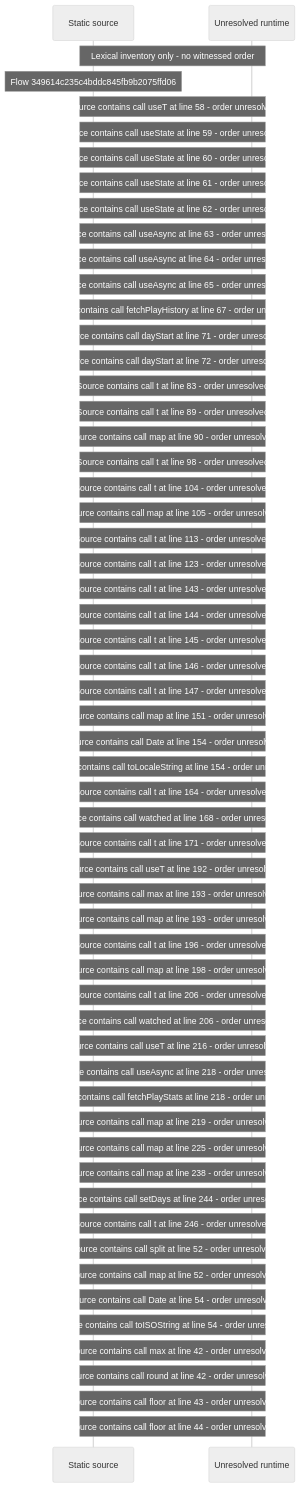
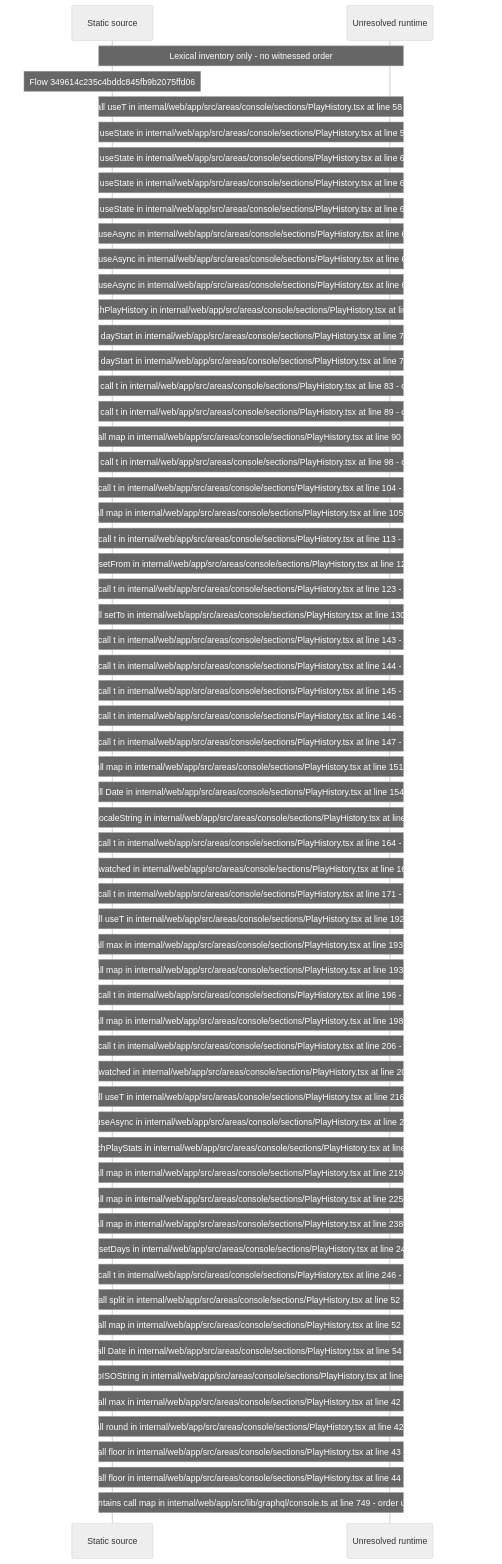
The diagram in docs/web/flows/generated/349614c235c4bddc845fb9b2075ffd06/flow-diagram.md (beamfall/core), drawn with Mermaid (neutral theme) before and after one commit. The commit also changed other lines of this file and 699 other files, not shown here.

Commit message:
Regenerate the web flow record with flow generator version 5

````diff
--- a/docs/web/flows/generated/349614c235c4bddc845fb9b2075ffd06/flow-diagram.md
+++ b/docs/web/flows/generated/349614c235c4bddc845fb9b2075ffd06/flow-diagram.md
@@ -10,60 +10,63 @@
 ```mermaid
 sequenceDiagram
     participant S as Static source
     participant U as Unresolved runtime
     Note over S,U: Lexical inventory only - no witnessed order
     Note over S: Flow 349614c235c4bddc845fb9b2075ffd06
-    Note over S,U: Source contains call useT at line 58 - order unresolved
-    Note over S,U: Source contains call useState at line 59 - order unresolved
-    Note over S,U: Source contains call useState at line 60 - order unresolved
-    Note over S,U: Source contains call useState at line 61 - order unresolved
-    Note over S,U: Source contains call useState at line 62 - order unresolved
-    Note over S,U: Source contains call useAsync at line 63 - order unresolved
-    Note over S,U: Source contains call useAsync at line 64 - order unresolved
-    Note over S,U: Source contains call useAsync at line 65 - order unresolved
-    Note over S,U: Source contains call fetchPlayHistory at line 67 - order unresolved
-    Note over S,U: Source contains call dayStart at line 71 - order unresolved
-    Note over S,U: Source contains call dayStart at line 72 - order unresolved
-    Note over S,U: Source contains call t at line 83 - order unresolved
-    Note over S,U: Source contains call t at line 89 - order unresolved
-    Note over S,U: Source contains call map at line 90 - order unresolved
-    Note over S,U: Source contains call t at line 98 - order unresolved
-    Note over S,U: Source contains call t at line 104 - order unresolved
-    Note over S,U: Source contains call map at line 105 - order unresolved
-    Note over S,U: Source contains call t at line 113 - order unresolved
-    Note over S,U: Source contains call t at line 123 - order unresolved
-    Note over S,U: Source contains call t at line 143 - order unresolved
-    Note over S,U: Source contains call t at line 144 - order unresolved
-    Note over S,U: Source contains call t at line 145 - order unresolved
-    Note over S,U: Source contains call t at line 146 - order unresolved
-    Note over S,U: Source contains call t at line 147 - order unresolved
-    Note over S,U: Source contains call map at line 151 - order unresolved
-    Note over S,U: Source contains call Date at line 154 - order unresolved
-    Note over S,U: Source contains call toLocaleString at line 154 - order unresolved
-    Note over S,U: Source contains call t at line 164 - order unresolved
-    Note over S,U: Source contains call watched at line 168 - order unresolved
-    Note over S,U: Source contains call t at line 171 - order unresolved
-    Note over S,U: Source contains call useT at line 192 - order unresolved
-    Note over S,U: Source contains call max at line 193 - order unresolved
-    Note over S,U: Source contains call map at line 193 - order unresolved
-    Note over S,U: Source contains call t at line 196 - order unresolved
-    Note over S,U: Source contains call map at line 198 - order unresolved
-    Note over S,U: Source contains call t at line 206 - order unresolved
-    Note over S,U: Source contains call watched at line 206 - order unresolved
-    Note over S,U: Source contains call useT at line 216 - order unresolved
-    Note over S,U: Source contains call useAsync at line 218 - order unresolved
-    Note over S,U: Source contains call fetchPlayStats at line 218 - order unresolved
-    Note over S,U: Source contains call map at line 219 - order unresolved
-    Note over S,U: Source contains call map at line 225 - order unresolved
-    Note over S,U: Source contains call map at line 238 - order unresolved
-    Note over S,U: Source contains call setDays at line 244 - order unresolved
-    Note over S,U: Source contains call t at line 246 - order unresolved
-    Note over S,U: Source contains call split at line 52 - order unresolved
-    Note over S,U: Source contains call map at line 52 - order unresolved
-    Note over S,U: Source contains call Date at line 54 - order unresolved
-    Note over S,U: Source contains call toISOString at line 54 - order unresolved
-    Note over S,U: Source contains call max at line 42 - order unresolved
-    Note over S,U: Source contains call round at line 42 - order unresolved
-    Note over S,U: Source contains call floor at line 43 - order unresolved
-    Note over S,U: Source contains call floor at line 44 - order unresolved
+    Note over S,U: Source contains call useT in internal/web/app/src/areas/console/sections/PlayHistory.tsx at line 58 - order unresolved
+    Note over S,U: Source contains call useState in internal/web/app/src/areas/console/sections/PlayHistory.tsx at line 59 - order unresolved
+    Note over S,U: Source contains call useState in internal/web/app/src/areas/console/sections/PlayHistory.tsx at line 60 - order unresolved
+    Note over S,U: Source contains call useState in internal/web/app/src/areas/console/sections/PlayHistory.tsx at line 61 - order unresolved
+    Note over S,U: Source contains call useState in internal/web/app/src/areas/console/sections/PlayHistory.tsx at line 62 - order unresolved
+    Note over S,U: Source contains call useAsync in internal/web/app/src/areas/console/sections/PlayHistory.tsx at line 63 - order unresolved
+    Note over S,U: Source contains call useAsync in internal/web/app/src/areas/console/sections/PlayHistory.tsx at line 64 - order unresolved
+    Note over S,U: Source contains call useAsync in internal/web/app/src/areas/console/sections/PlayHistory.tsx at line 65 - order unresolved
+    Note over S,U: Source contains call fetchPlayHistory in internal/web/app/src/areas/console/sections/PlayHistory.tsx at line 67 - order unresolved
+    Note over S,U: Source contains call dayStart in internal/web/app/src/areas/console/sections/PlayHistory.tsx at line 71 - order unresolved
+    Note over S,U: Source contains call dayStart in internal/web/app/src/areas/console/sections/PlayHistory.tsx at line 72 - order unresolved
+    Note over S,U: Source contains call t in internal/web/app/src/areas/console/sections/PlayHistory.tsx at line 83 - order unresolved
+    Note over S,U: Source contains call t in internal/web/app/src/areas/console/sections/PlayHistory.tsx at line 89 - order unresolved
+    Note over S,U: Source contains call map in internal/web/app/src/areas/console/sections/PlayHistory.tsx at line 90 - order unresolved
+    Note over S,U: Source contains call t in internal/web/app/src/areas/console/sections/PlayHistory.tsx at line 98 - order unresolved
+    Note over S,U: Source contains call t in internal/web/app/src/areas/console/sections/PlayHistory.tsx at line 104 - order unresolved
+    Note over S,U: Source contains call map in internal/web/app/src/areas/console/sections/PlayHistory.tsx at line 105 - order unresolved
+    Note over S,U: Source contains call t in internal/web/app/src/areas/console/sections/PlayHistory.tsx at line 113 - order unresolved
+    Note over S,U: Source contains call setFrom in internal/web/app/src/areas/console/sections/PlayHistory.tsx at line 120 - order unresolved
+    Note over S,U: Source contains call t in internal/web/app/src/areas/console/sections/PlayHistory.tsx at line 123 - order unresolved
+    Note over S,U: Source contains call setTo in internal/web/app/src/areas/console/sections/PlayHistory.tsx at line 130 - order unresolved
+    Note over S,U: Source contains call t in internal/web/app/src/areas/console/sections/PlayHistory.tsx at line 143 - order unresolved
+    Note over S,U: Source contains call t in internal/web/app/src/areas/console/sections/PlayHistory.tsx at line 144 - order unresolved
+    Note over S,U: Source contains call t in internal/web/app/src/areas/console/sections/PlayHistory.tsx at line 145 - order unresolved
+    Note over S,U: Source contains call t in internal/web/app/src/areas/console/sections/PlayHistory.tsx at line 146 - order unresolved
+    Note over S,U: Source contains call t in internal/web/app/src/areas/console/sections/PlayHistory.tsx at line 147 - order unresolved
+    Note over S,U: Source contains call map in internal/web/app/src/areas/console/sections/PlayHistory.tsx at line 151 - order unresolved
+    Note over S,U: Source contains call Date in internal/web/app/src/areas/console/sections/PlayHistory.tsx at line 154 - order unresolved
+    Note over S,U: Source contains call toLocaleString in internal/web/app/src/areas/console/sections/PlayHistory.tsx at line 154 - order unresolved
+    Note over S,U: Source contains call t in internal/web/app/src/areas/console/sections/PlayHistory.tsx at line 164 - order unresolved
+    Note over S,U: Source contains call watched in internal/web/app/src/areas/console/sections/PlayHistory.tsx at line 168 - order unresolved
+    Note over S,U: Source contains call t in internal/web/app/src/areas/console/sections/PlayHistory.tsx at line 171 - order unresolved
+    Note over S,U: Source contains call useT in internal/web/app/src/areas/console/sections/PlayHistory.tsx at line 192 - order unresolved
+    Note over S,U: Source contains call max in internal/web/app/src/areas/console/sections/PlayHistory.tsx at line 193 - order unresolved
+    Note over S,U: Source contains call map in internal/web/app/src/areas/console/sections/PlayHistory.tsx at line 193 - order unresolved
+    Note over S,U: Source contains call t in internal/web/app/src/areas/console/sections/PlayHistory.tsx at line 196 - order unresolved
+    Note over S,U: Source contains call map in internal/web/app/src/areas/console/sections/PlayHistory.tsx at line 198 - order unresolved
+    Note over S,U: Source contains call t in internal/web/app/src/areas/console/sections/PlayHistory.tsx at line 206 - order unresolved
+    Note over S,U: Source contains call watched in internal/web/app/src/areas/console/sections/PlayHistory.tsx at line 206 - order unresolved
+    Note over S,U: Source contains call useT in internal/web/app/src/areas/console/sections/PlayHistory.tsx at line 216 - order unresolved
+    Note over S,U: Source contains call useAsync in internal/web/app/src/areas/console/sections/PlayHistory.tsx at line 218 - order unresolved
+    Note over S,U: Source contains call fetchPlayStats in internal/web/app/src/areas/console/sections/PlayHistory.tsx at line 218 - order unresolved
+    Note over S,U: Source contains call map in internal/web/app/src/areas/console/sections/PlayHistory.tsx at line 219 - order unresolved
+    Note over S,U: Source contains call map in internal/web/app/src/areas/console/sections/PlayHistory.tsx at line 225 - order unresolved
+    Note over S,U: Source contains call map in internal/web/app/src/areas/console/sections/PlayHistory.tsx at line 238 - order unresolved
+    Note over S,U: Source contains call setDays in internal/web/app/src/areas/console/sections/PlayHistory.tsx at line 244 - order unresolved
+    Note over S,U: Source contains call t in internal/web/app/src/areas/console/sections/PlayHistory.tsx at line 246 - order unresolved
+    Note over S,U: Source contains call split in internal/web/app/src/areas/console/sections/PlayHistory.tsx at line 52 - order unresolved
+    Note over S,U: Source contains call map in internal/web/app/src/areas/console/sections/PlayHistory.tsx at line 52 - order unresolved
+    Note over S,U: Source contains call Date in internal/web/app/src/areas/console/sections/PlayHistory.tsx at line 54 - order unresolved
+    Note over S,U: Source contains call toISOString in internal/web/app/src/areas/console/sections/PlayHistory.tsx at line 54 - order unresolved
+    Note over S,U: Source contains call max in internal/web/app/src/areas/console/sections/PlayHistory.tsx at line 42 - order unresolved
+    Note over S,U: Source contains call round in internal/web/app/src/areas/console/sections/PlayHistory.tsx at line 42 - order unresolved
+    Note over S,U: Source contains call floor in internal/web/app/src/areas/console/sections/PlayHistory.tsx at line 43 - order unresolved
+    Note over S,U: Source contains call floor in internal/web/app/src/areas/console/sections/PlayHistory.tsx at line 44 - order unresolved
+    Note over S,U: Source contains call map in internal/web/app/src/lib/graphql/console.ts at line 749 - order unresolved
 ```
````
